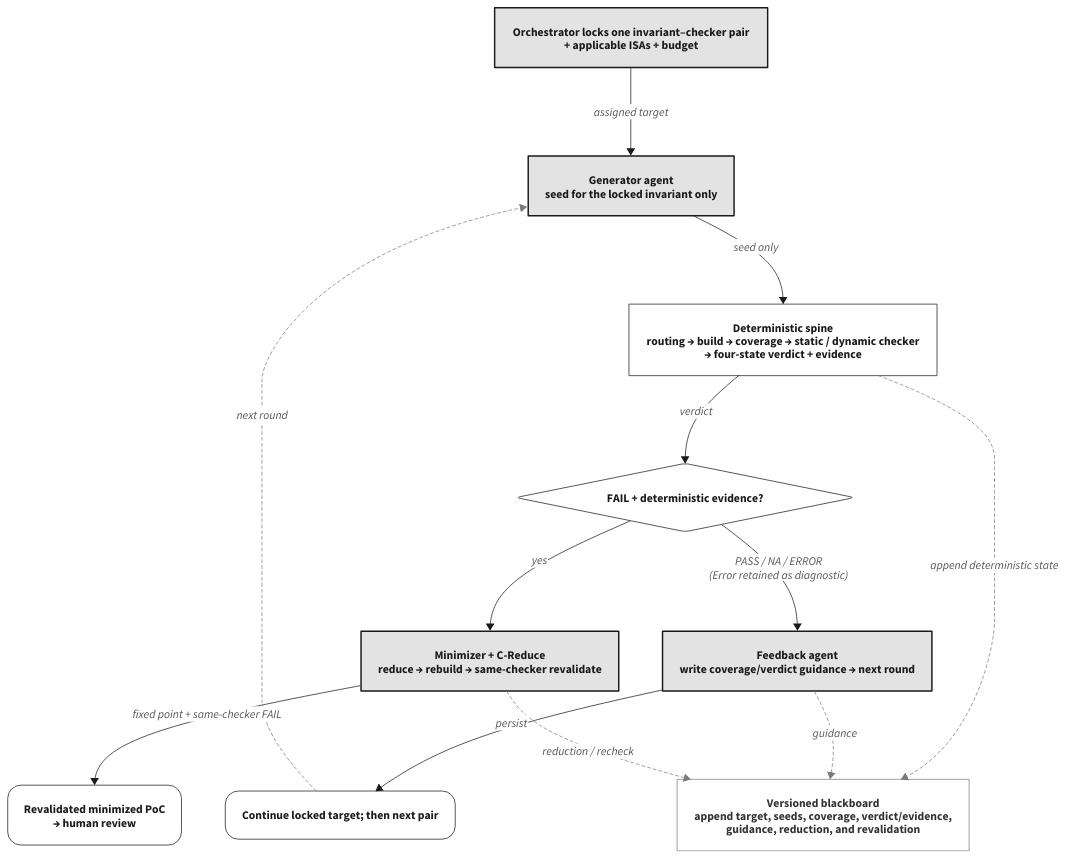
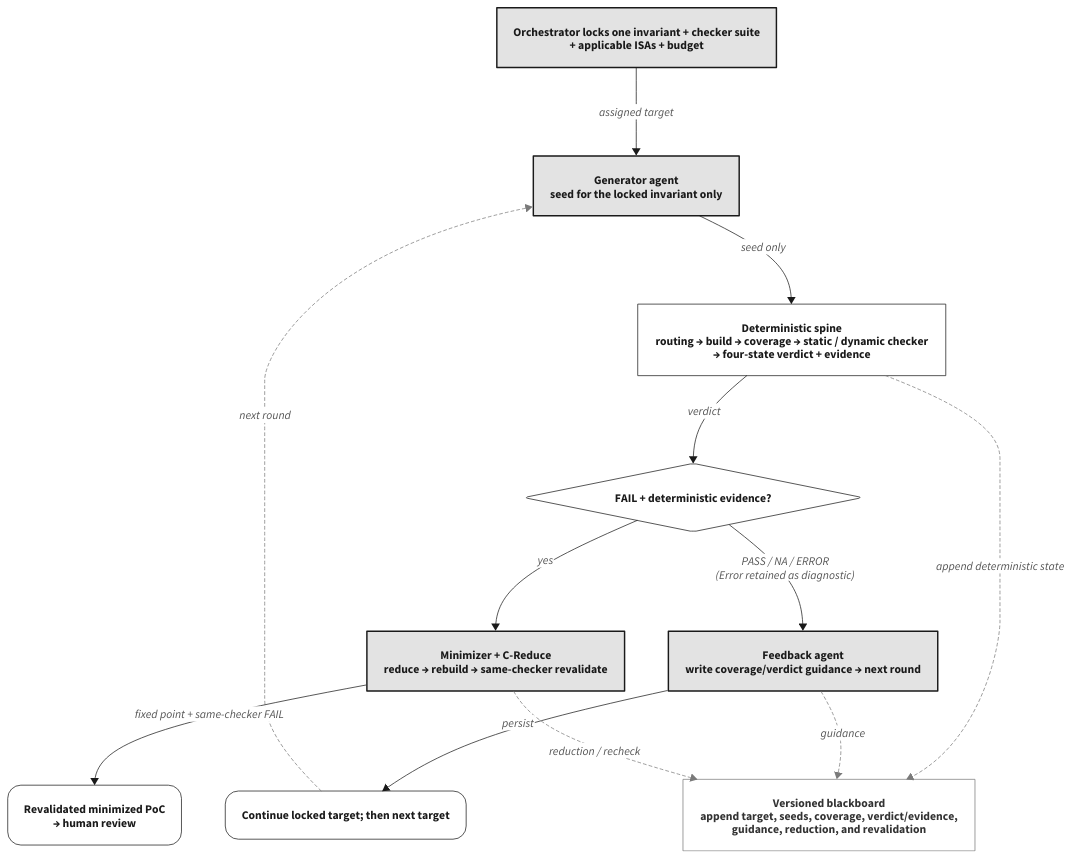
Before and after one commit to SEU-SSH/zjy-paper: the diagram in figures/src/main-loop.d2, drawn with D2. The commit also changed 17 other files, not shown here.

```diff
--- a/figures/src/main-loop.d2
+++ b/figures/src/main-loop.d2
@@ -1,34 +1,34 @@
 # Fig: one locked-target agentic iteration (academic monochrome)
 # render: d2 --theme=0 --pad=8 main-loop.d2 ../main-loop.svg
 
 classes: {
   node:  { style: { fill: white; stroke: "#1A1A1A"; stroke-width: 1; font-color: "#1A1A1A" } }
   agent: { style: { fill: "#E3E3E3"; stroke: "#1A1A1A"; stroke-width: 2; font-color: "#1A1A1A" } }
   state: { style: { fill: white; stroke: "#7A7A7A"; stroke-width: 1; font-color: "#333333" } }
   term:  { style: { fill: white; stroke: "#1A1A1A"; stroke-width: 1; font-color: "#1A1A1A"; border-radius: 18 } }
   key:   { style: { fill: "#E3E3E3"; stroke: "#1A1A1A"; stroke-width: 2; font-color: "#1A1A1A" } }
 }
 
 direction: down
 
-target: "Orchestrator locks one invariant–checker pair\n+ applicable ISAs + budget" { class: key }
+target: "Orchestrator locks one invariant + checker suite\n+ applicable ISAs + budget" { class: key }
 gen: "Generator agent\nseed for the locked invariant only" { class: agent }
 spine: "Deterministic spine\nrouting → build → coverage → static / dynamic checker\n→ four-state verdict + evidence" { class: node }
 route: "FAIL + deterministic evidence?" { class: node; shape: diamond }
 feedback: "Feedback agent\nwrite coverage/verdict guidance → next round" { class: agent }
 minim: "Minimizer + C-Reduce\nreduce → rebuild → same-checker revalidate" { class: agent }
-next: "Continue locked target; then next pair" { class: term }
+next: "Continue locked target; then next target" { class: term }
 poc: "Revalidated minimized PoC\n→ human review" { class: term }
 bb: "Versioned blackboard\nappend target, seeds, coverage, verdict/evidence,\nguidance, reduction, and revalidation" { class: state }
 
 target -> gen: "assigned target" { style: { stroke: "#1A1A1A"; stroke-width: 1; font-color: "#555555" } }
 gen -> spine: "seed only" { style: { stroke: "#1A1A1A"; stroke-width: 1; font-color: "#555555" } }
 spine -> route: "verdict" { style: { stroke: "#1A1A1A"; stroke-width: 1; font-color: "#555555" } }
 route -> feedback: "PASS / NA / ERROR\n(Error retained as diagnostic)" { style: { stroke: "#1A1A1A"; stroke-width: 1; font-color: "#555555" } }
 route -> minim: "yes" { style: { stroke: "#1A1A1A"; stroke-width: 1; font-color: "#555555" } }
 feedback -> next: "persist" { style: { stroke: "#1A1A1A"; stroke-width: 1; font-color: "#555555" } }
 next -> gen: "next round" { style: { stroke: "#7A7A7A"; stroke-width: 1; stroke-dash: 4; font-color: "#555555" } }
 minim -> poc: "fixed point + same-checker FAIL" { style: { stroke: "#1A1A1A"; stroke-width: 1; font-color: "#555555" } }
 spine -> bb: "append deterministic state" { style: { stroke: "#7A7A7A"; stroke-width: 1; stroke-dash: 4; font-color: "#555555" } }
 feedback -> bb: "guidance" { style: { stroke: "#7A7A7A"; stroke-width: 1; stroke-dash: 4; font-color: "#555555" } }
 minim -> bb: "reduction / recheck" { style: { stroke: "#7A7A7A"; stroke-width: 1; stroke-dash: 4; font-color: "#555555" } }
```
